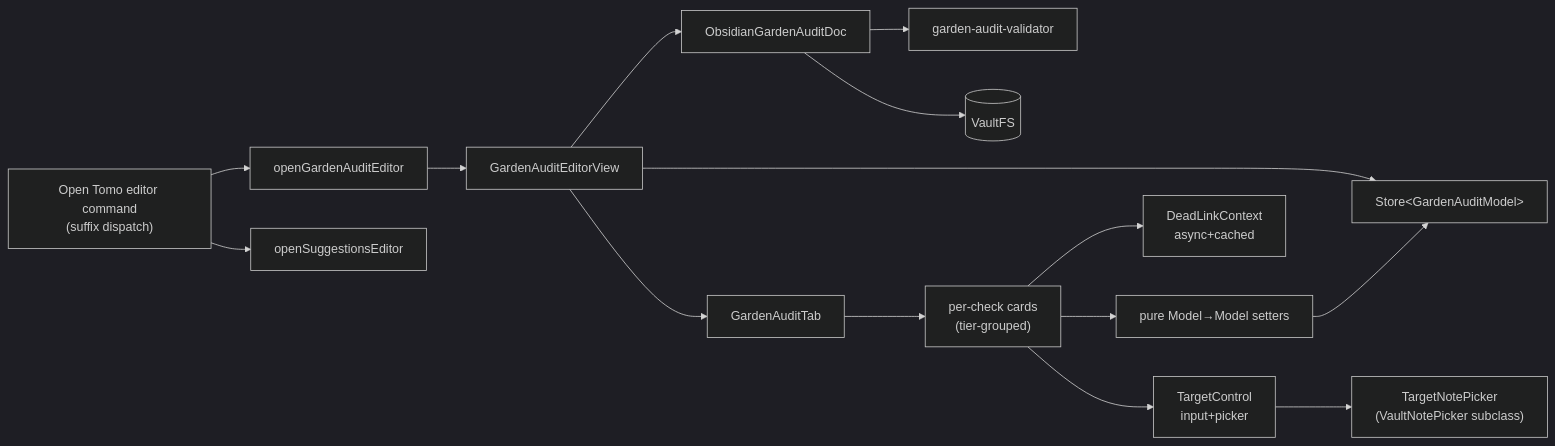
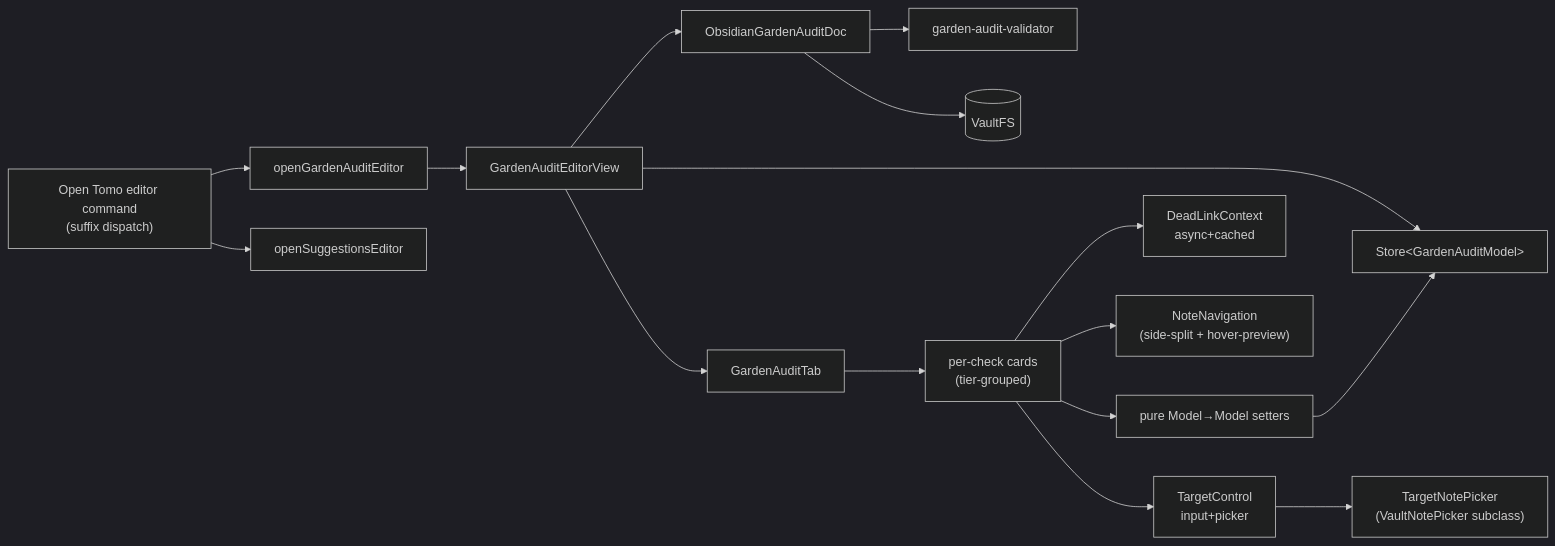
Before and after one commit to MMoMM-org/miyo-tomo-hashi: the second of 4 diagrams in docs/XDD/specs/005-garden-audit-editor/solution.md, drawn with Mermaid (dark theme). The commit also changed other lines of this file, not shown here.

First line of the commit message:
docs(spec-005): SDD map + diagram catch up with P5/P6 sibling modules

````diff
--- a/docs/XDD/specs/005-garden-audit-editor/solution.md
+++ b/docs/XDD/specs/005-garden-audit-editor/solution.md
@@ -212,17 +212,18 @@
 ```mermaid
 graph LR
     Cmd["Open Tomo editor command<br/>(suffix dispatch)"] --> OpenGA[openGardenAuditEditor]
     Cmd --> OpenSug[openSuggestionsEditor]
     OpenGA --> View[GardenAuditEditorView]
     View --> Store["Store&lt;GardenAuditModel&gt;"]
     View --> Adapter[ObsidianGardenAuditDoc]
     Adapter --> Validator[garden-audit-validator]
     Adapter --> VaultFS[(VaultFS)]
     View --> Tab[GardenAuditTab]
     Tab --> Cards["per-check cards<br/>(tier-grouped)"]
     Cards --> Target[TargetControl<br/>input+picker]
     Cards --> Ctx[DeadLinkContext<br/>async+cached]
+    Cards --> Nav["NoteNavigation<br/>(side-split + hover-preview)"]
     Cards --> Transforms["pure Model→Model setters"]
     Target --> Pickers["TargetNotePicker<br/>(VaultNotePicker subclass)"]
     Transforms --> Store
 ```
````
